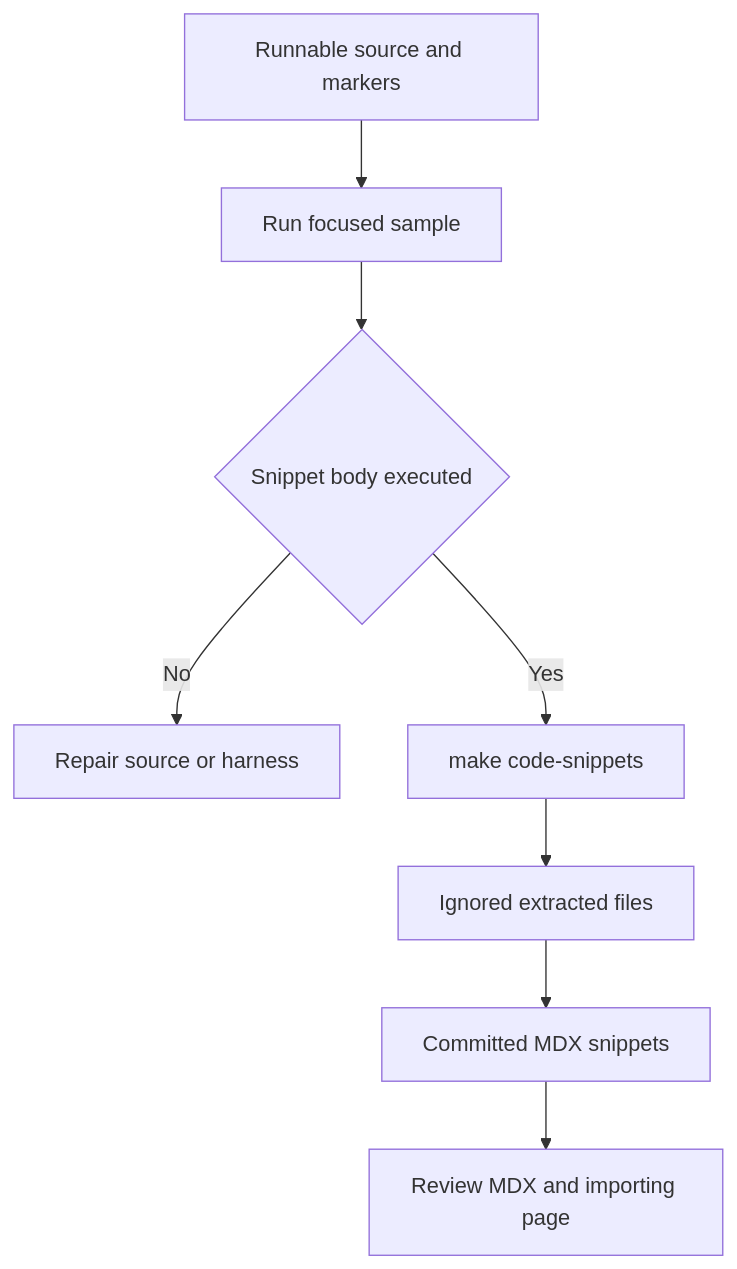
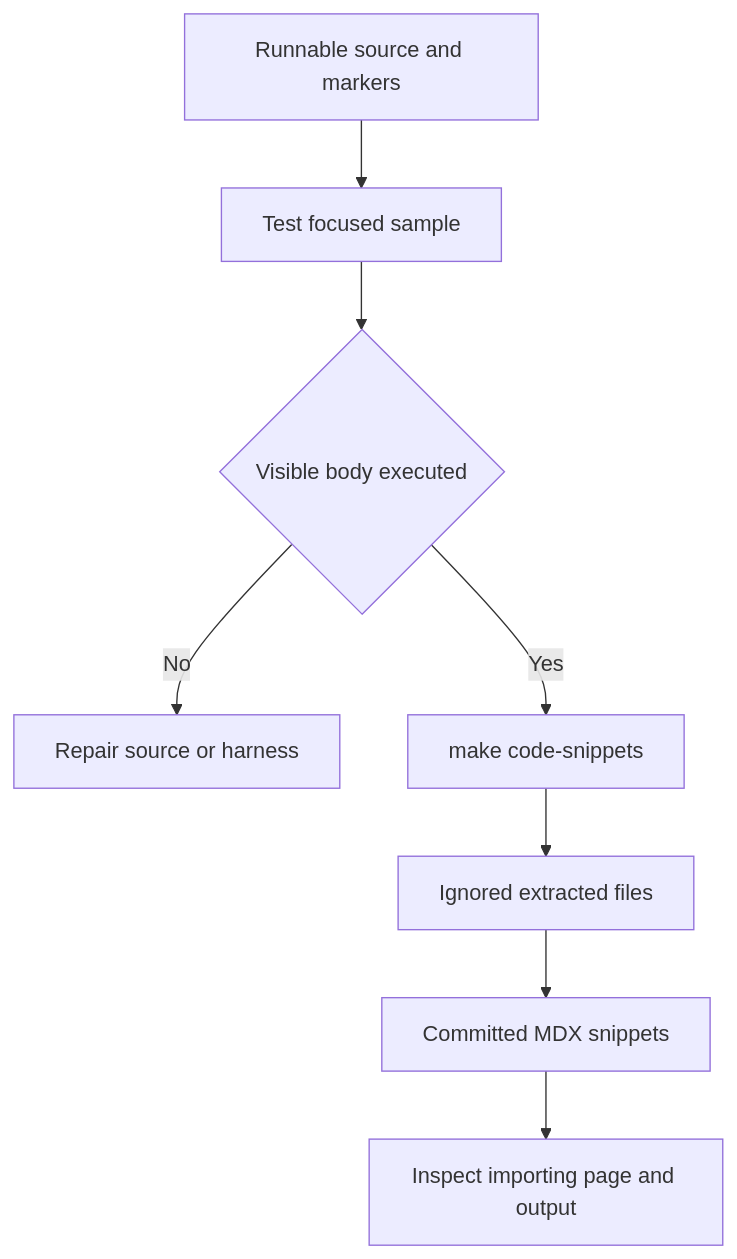
Before and after one commit to langchain-ai/docs: the second of 3 diagrams in openwiki/operations/agent-skills.md, drawn with Mermaid. The commit also changed other lines of this file and 47 other files, not shown here.

````diff
--- a/openwiki/operations/agent-skills.md
+++ b/openwiki/operations/agent-skills.md
@@ -116,10 +123,10 @@
 ```mermaid
 flowchart TD
-  Source["Runnable source and markers"] --> Test["Run focused sample"]
-  Test --> Pass{"Snippet body executed"}
-  Pass -- "No" --> Repair["Repair source or harness"]
-  Pass -- "Yes" --> Extract["make code-snippets"]
+  Source["Runnable source and markers"] --> Test["Test focused sample"]
+  Test --> Executed{"Visible body executed"}
+  Executed -- "No" --> Repair["Repair source or harness"]
+  Executed -- "Yes" --> Extract["make code-snippets"]
   Extract --> Intermediate["Ignored extracted files"]
   Intermediate --> MDX["Committed MDX snippets"]
-  MDX --> Review["Review MDX and importing page"]
+  MDX --> Inspect["Inspect importing page and output"]
 ```
````
